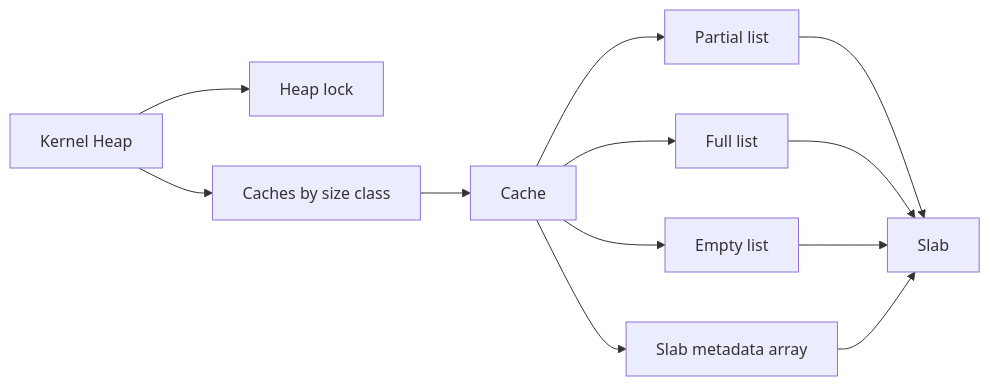
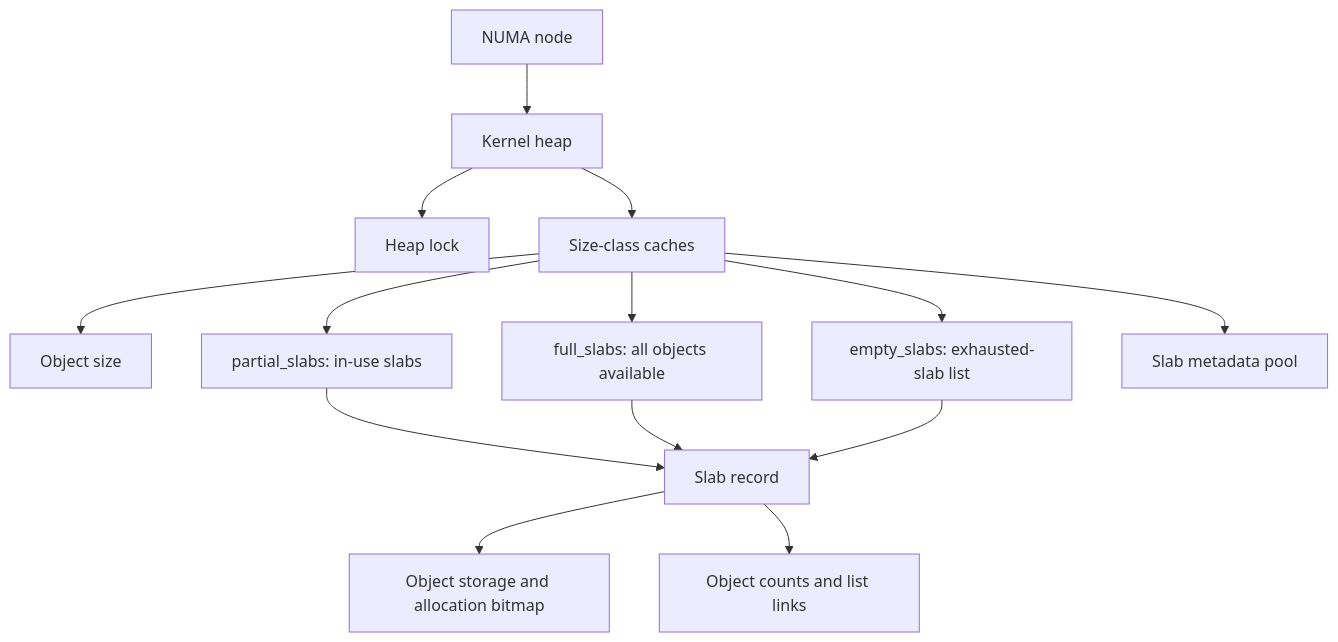
The eighth of 11 diagrams in docs/DIAGRAMS.md (marwan475/Arx), drawn with Mermaid before and after one commit. The commit also changed other lines of this file and 12 other files, not shown here.

Commit message:
update platform diagrams

````diff
--- a/docs/DIAGRAMS.md
+++ b/docs/DIAGRAMS.md
@@ -142,24 +168,18 @@
 ```mermaid
-flowchart LR
-    A[Kernel Heap]
-    B[Heap lock]
-    C[Caches by size class]
-    D[Cache]
-    E[Partial list]
-    F[Full list]
-    G[Empty list]
-    H[Slab metadata array]
-    I[Slab]
-
-    A --> B
-    A --> C
-    C --> D
-    D --> E
-    D --> F
-    D --> G
-    D --> H
-    E --> I
-    F --> I
-    G --> I
-    H --> I
+flowchart TB
+    accTitle: Per-node heap structure
+    accDescr: A NUMA node owns a heap whose size-class caches track slabs and metadata.
+    N[NUMA node] --> H[Kernel heap]
+    H --> L[Heap lock]
+    H --> C[Size-class caches]
+    C --> O[Object size]
+    C --> P[partial_slabs: in-use slabs]
+    C --> F[full_slabs: all objects available]
+    C --> E[empty_slabs: exhausted-slab list]
+    C --> M[Slab metadata pool]
+    P --> S[Slab record]
+    F --> S
+    E --> S
+    S --> B[Object storage and allocation bitmap]
+    S --> V[Object counts and list links]
 ```
````
